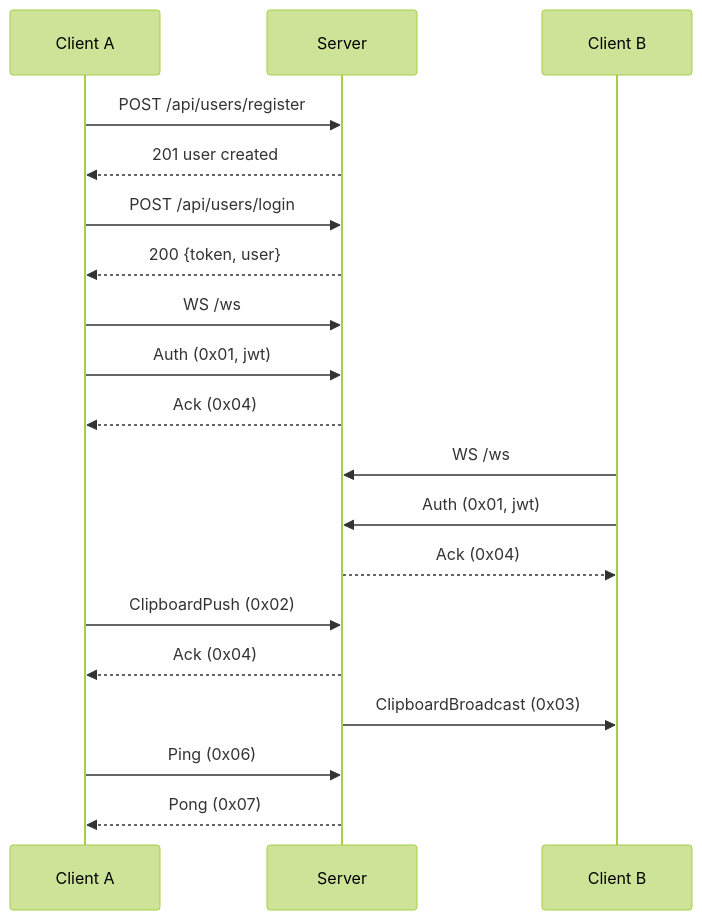
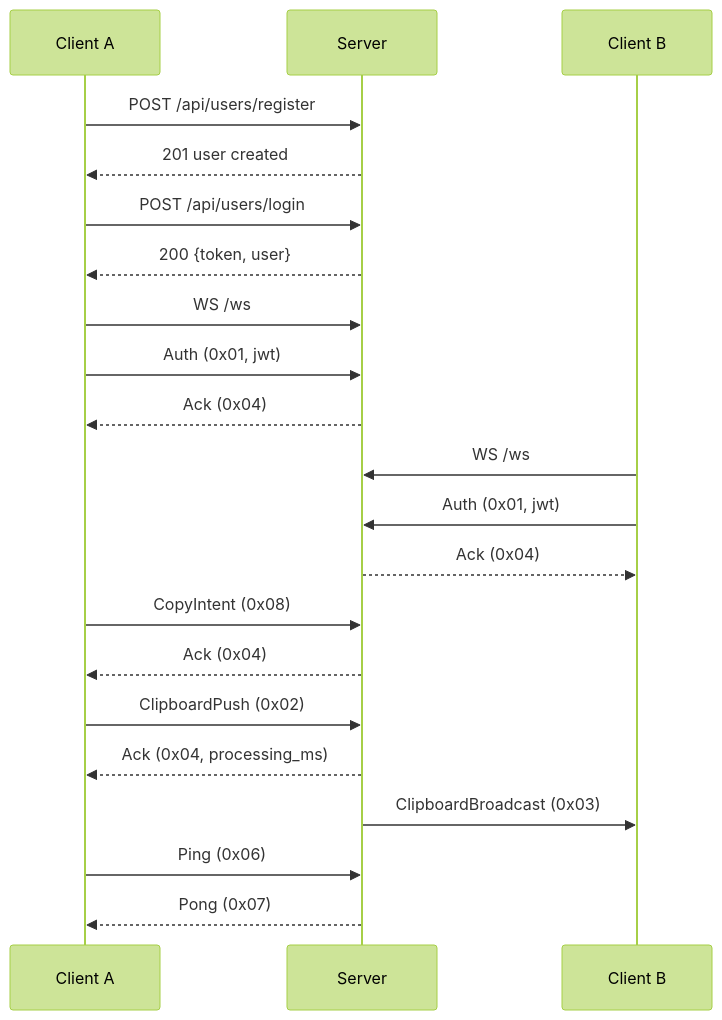
One commit to acopy-org/server changed the first of 2 diagrams in README.md. Above: the diagram before and after it, drawn with Mermaid (forest theme). The commit also changed other lines of this file and 2 other files, not shown here.

First line of the commit message:
add copy intent/cancel events to track client copy-to-push latency

````diff
--- a/README.md
+++ b/README.md
@@ -9,26 +9,28 @@
 ```mermaid
 sequenceDiagram
     participant A as Client A
     participant S as Server
     participant B as Client B
 
     A->>S: POST /api/users/register
     S-->>A: 201 user created
     A->>S: POST /api/users/login
     S-->>A: 200 {token, user}
 
     A->>S: WS /ws
     A->>S: Auth (0x01, jwt)
     S-->>A: Ack (0x04)
 
     B->>S: WS /ws
     B->>S: Auth (0x01, jwt)
     S-->>B: Ack (0x04)
 
+    A->>S: CopyIntent (0x08)
+    S-->>A: Ack (0x04)
     A->>S: ClipboardPush (0x02)
-    S-->>A: Ack (0x04)
+    S-->>A: Ack (0x04, processing_ms)
     S->>B: ClipboardBroadcast (0x03)
 
     A->>S: Ping (0x06)
     S-->>A: Pong (0x07)
 ```
````
